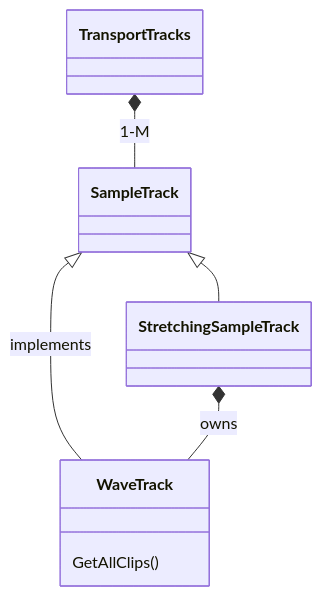
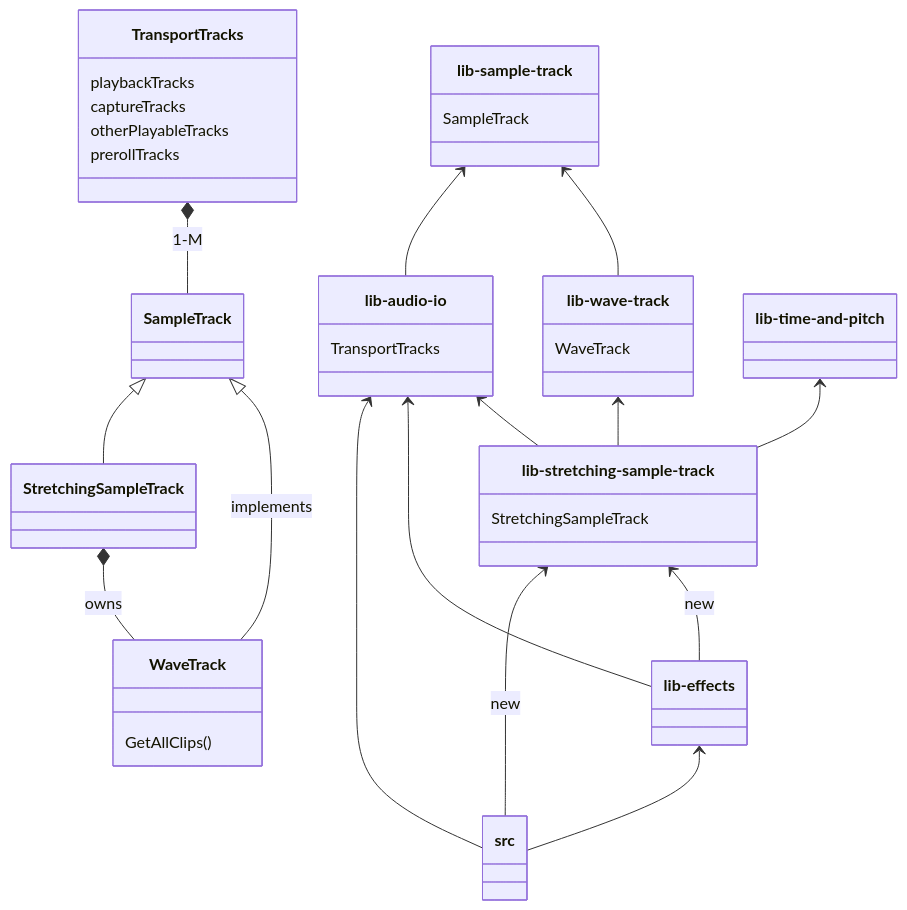
Before and after one commit to saintmatthieu/audacity: the third of 3 diagrams in TimeStretchingWaveClip.md, drawn with Mermaid. The commit also changed other lines of this file and 13 other files, not shown here.

Commit message:
Mechanism for injection of StretchingSampleTrack

````diff
--- a/TimeStretchingWaveClip.md
+++ b/TimeStretchingWaveClip.md
@@ -101,14 +103,45 @@
 ```mermaid
 classDiagram
-class TransportTracks
+class TransportTracks {
+   playbackTracks
+   captureTracks
+   otherPlayableTracks
+   prerollTracks
+}
 class SampleTrack
 class StretchingSampleTrack
 class WaveTrack {
    GetAllClips()
 }
 
 TransportTracks *-- SampleTrack: 1-M
 SampleTrack <|-- WaveTrack: implements
 SampleTrack <|-- StretchingSampleTrack
 StretchingSampleTrack *-- WaveTrack: owns
+
+class libsampletrack["lib-sample-track"] {
+   SampleTrack
+}
+class libwavetrack["lib-wave-track"] {
+   WaveTrack
+}
+class libaudioio["lib-audio-io"] {
+   TransportTracks
+}
+class libstretchingsampletrack["lib-stretching-sample-track"] {
+   StretchingSampleTrack
+}
+class libtimeandpitch["lib-time-and-pitch"]
+class libeffects["lib-effects"]
+class src
+libsampletrack <-- libwavetrack
+libsampletrack <-- libaudioio
+libwavetrack <-- libstretchingsampletrack
+libaudioio <-- libstretchingsampletrack
+libtimeandpitch <-- libstretchingsampletrack
+libaudioio <-- libeffects
+libstretchingsampletrack <-- libeffects: new
+libstretchingsampletrack <-- src: new
+libeffects <-- src
+libaudioio <-- src
 ```
````
